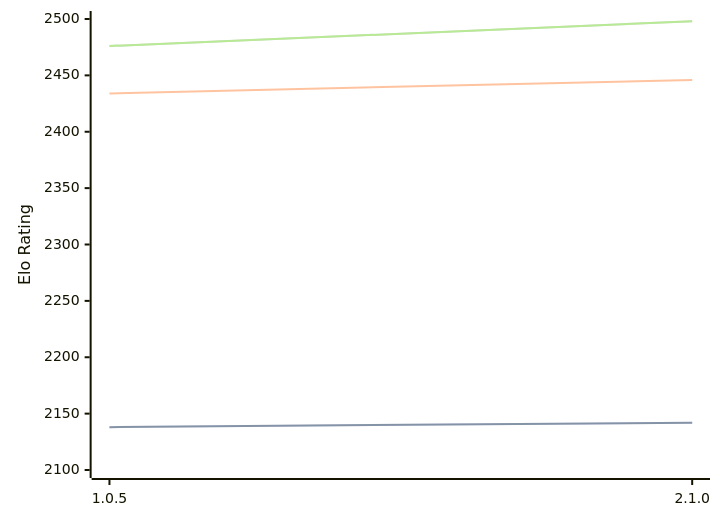
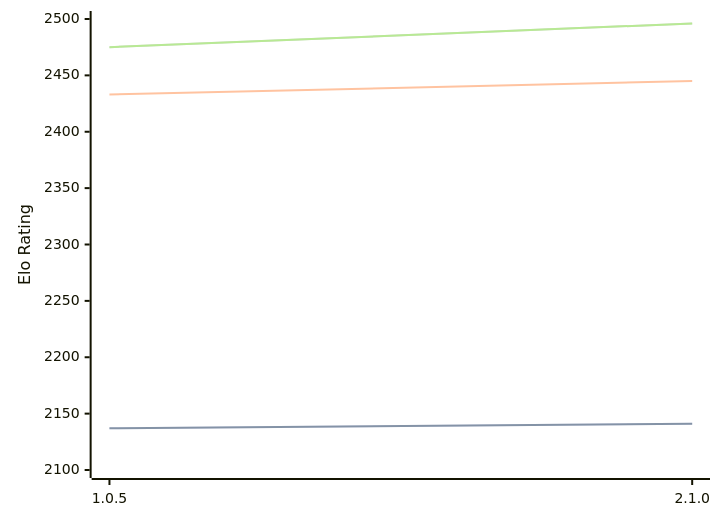
The diagram in engines/Ruffian.md (computer-chess-index/cci), drawn with Mermaid before and after one commit. The commit also changed other lines of this file, not shown here.

Commit message:
Update CCI Ratings (ELO VLTC) - 2026-06-07

````diff
--- a/engines/Ruffian.md
+++ b/engines/Ruffian.md
@@ -32,11 +32,11 @@
 ```mermaid
 %%{init: {"theme":"base","themeVariables":{"seriesColors:['#a3a3a3','#222221','#faa371']}}}%%
 xychart-beta
   x-axis ["1.0.5", "2.1.0"]
   y-axis "Elo Rating" 2100 --> 2500
-  line "STC (8.0+0.08s)" [2138, 2142]
-  line "STC (8.0+0.08s)" [2138, 2142]
-  line "LTC (60.0+0.60s)" [2434, 2446]
-  line "VLTC (2m24s+1.12s)" [2476, 2498]
-  line "VLTC (2m24s+1.12s)" [2476, 2498]
+  line "STC (8.0+0.08s)" [2137, 2141]
+  line "STC (8.0+0.08s)" [2137, 2141]
+  line "LTC (60.0+0.60s)" [2433, 2445]
+  line "VLTC (2m24s+1.12s)" [2475, 2496]
+  line "VLTC (2m24s+1.12s)" [2475, 2496]
 ```
````
